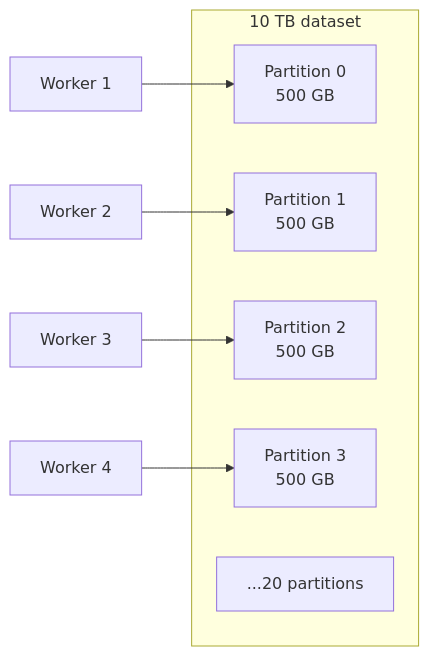
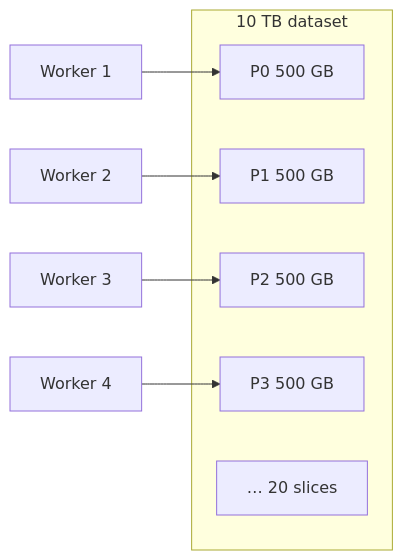
Before and after one commit to sanketn26/data-engineering: the first of 2 diagrams in docs/foundations/partitions.md, drawn with Mermaid. The commit also changed other lines of this file and 107 other files, not shown here.

````diff
--- a/docs/foundations/partitions.md
+++ b/docs/foundations/partitions.md
@@ -37,15 +53,14 @@
 ```mermaid
 graph LR
     subgraph "10 TB dataset"
-        P0["Partition 0\n500 GB"]
-        P1["Partition 1\n500 GB"]
-        P2["Partition 2\n500 GB"]
-        P3["Partition 3\n500 GB"]
-        P4["...20 partitions"]
+        P0["P0 500 GB"]
+        P1["P1 500 GB"]
+        P2["P2 500 GB"]
+        P3["P3 500 GB"]
+        Px["… 20 slices"]
     end
-
     W1[Worker 1] --> P0
     W2[Worker 2] --> P1
     W3[Worker 3] --> P2
     W4[Worker 4] --> P3
 ```
````
